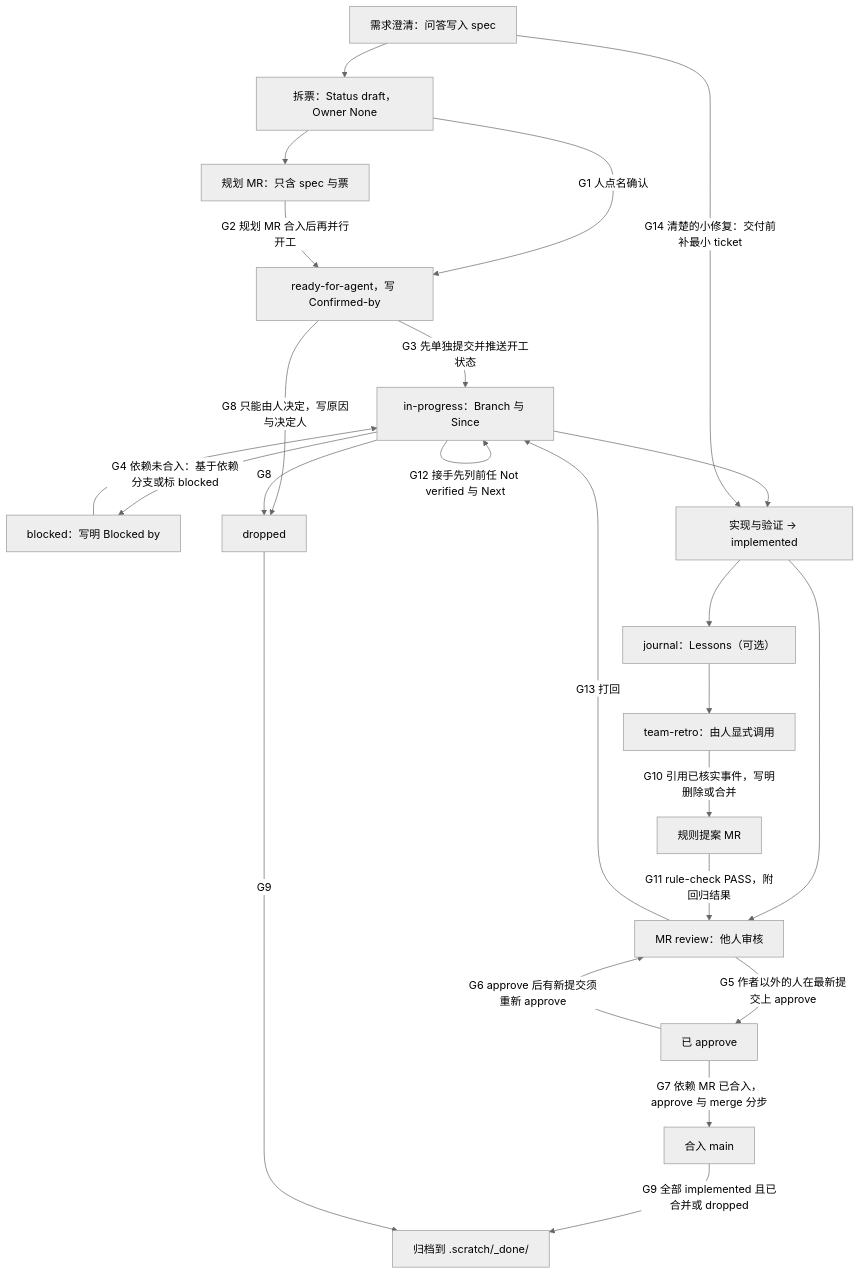
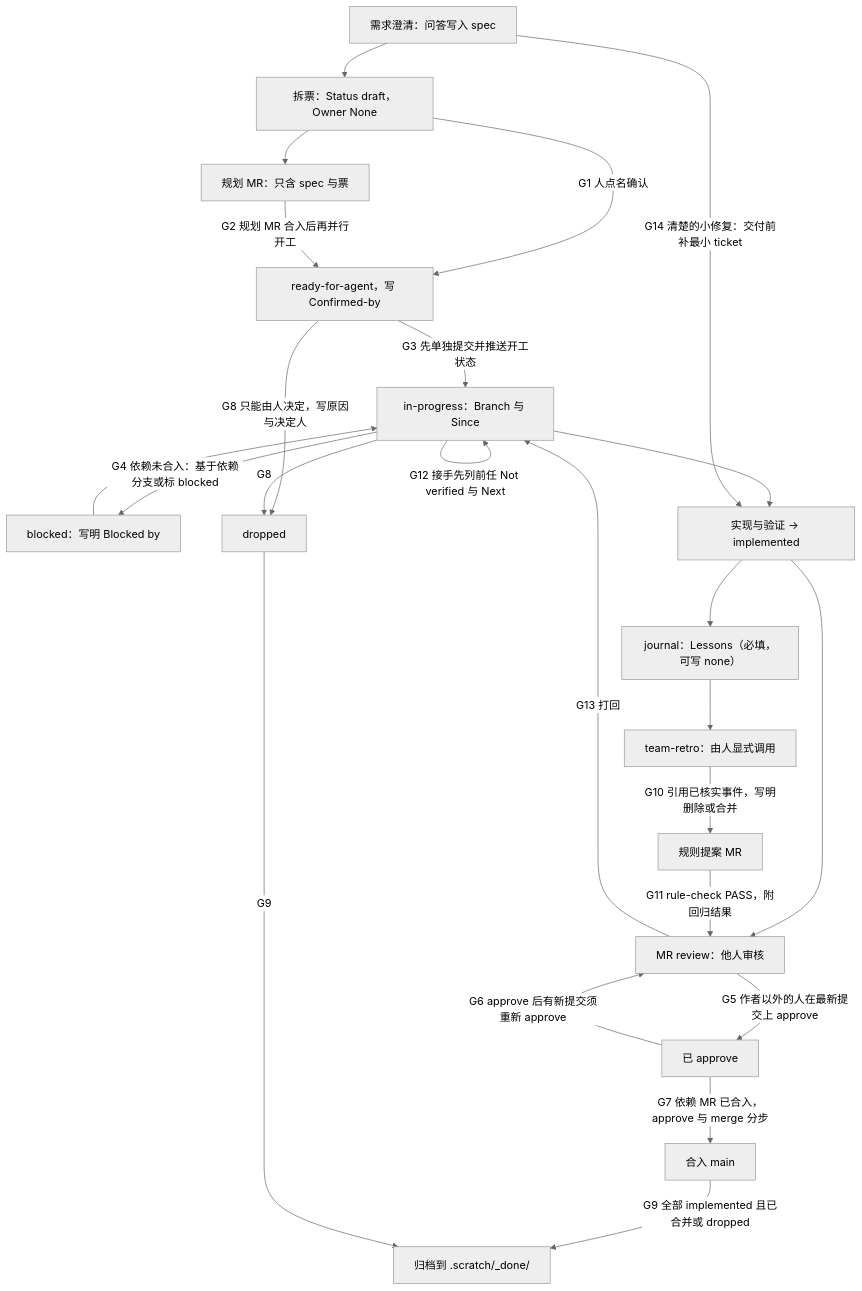
Before and after one commit to anchor-jevons/team-agent-harness: the diagram in templates/workflow.template.md, drawn with Mermaid (neutral theme). The commit also changed 9 other files, not shown here.

Commit message:
push-check：推送前检查陈旧/离开成员分支（STALE-BRANCH、FROM-STALE）与 journal Lessons（JOURNAL-LESSONS）；Lessons 必填，没有写 none；陈旧分支只报告、不接手，复用代码须说明来源

````diff
--- a/templates/workflow.template.md
+++ b/templates/workflow.template.md
@@ -9,26 +9,26 @@
 ```mermaid
 flowchart TD
   ask["需求澄清：问答写入 spec"] --> plan["拆票：Status draft，Owner None"]
   plan -->|"G1 人点名确认"| ready["ready-for-agent，写 Confirmed-by"]
   plan --> planmr["规划 MR：只含 spec 与票"]
   planmr -->|"G2 规划 MR 合入后再并行开工"| ready
   ready -->|"G3 先单独提交并推送开工状态"| claim["in-progress：Branch 与 Since"]
   claim -->|"G4 依赖未合入：基于依赖分支或标 blocked"| blocked["blocked：写明 Blocked by"]
   blocked --> claim
   claim --> impl["实现与验证 → implemented"]
   impl --> review["MR review：他人审核"]
   ask -->|"G14 清楚的小修复：交付前补最小 ticket"| impl
   review -->|"G13 打回"| claim
   review -->|"G5 作者以外的人在最新提交上 approve"| approved["已 approve"]
   approved -->|"G6 approve 后有新提交须重新 approve"| review
   approved -->|"G7 依赖 MR 已合入，approve 与 merge 分步"| merged["合入 main"]
   claim -->|"G12 接手先列前任 Not verified 与 Next"| claim
   ready -->|"G8 只能由人决定，写原因与决定人"| dropped["dropped"]
   claim -->|"G8"| dropped
   merged -->|"G9 全部 implemented 且已合并或 dropped"| archive["归档到 .scratch/_done/"]
   dropped -->|"G9"| archive
-  impl --> journal["journal：Lessons（可选）"]
+  impl --> journal["journal：Lessons（必填，可写 none）"]
   journal --> retro["team-retro：由人显式调用"]
   retro -->|"G10 引用已核实事件，写明删除或合并"| rulemr["规则提案 MR"]
   rulemr -->|"G11 rule-check PASS，附回归结果"| review
 ```
````
